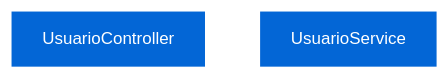
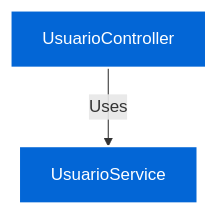
One commit to FelipeMCassiano/geanky changed the diagram in docs/00_Architecture_Overview.md. Above: the diagram before and after it, drawn with Mermaid. The commit also changed 2 other files, not shown here.

Commit message:
fixed this shit

````diff
--- a/docs/00_Architecture_Overview.md
+++ b/docs/00_Architecture_Overview.md
@@ -6,29 +6,33 @@
 ```mermaid
 flowchart TD
     %% Styling
     classDef classNode fill:#0366d6,stroke:#fff,stroke-width:2px,color:#fff,cursor:pointer;
 
     %% Nodes Creation
     
     UsuarioController["UsuarioController"]:::classNode
     click UsuarioController "UsuarioController.md" "Acessar UsuarioController"
     
     UsuarioService["UsuarioService"]:::classNode
     click UsuarioService "UsuarioService.md" "Acessar UsuarioService"
     
 
     %% Relationships / Dependencies
     
     
     
     
     
     
+    UsuarioController -- "Uses" --> UsuarioService
+    
+    
+    
     
     
     
     
     
     
     
 ```
````
